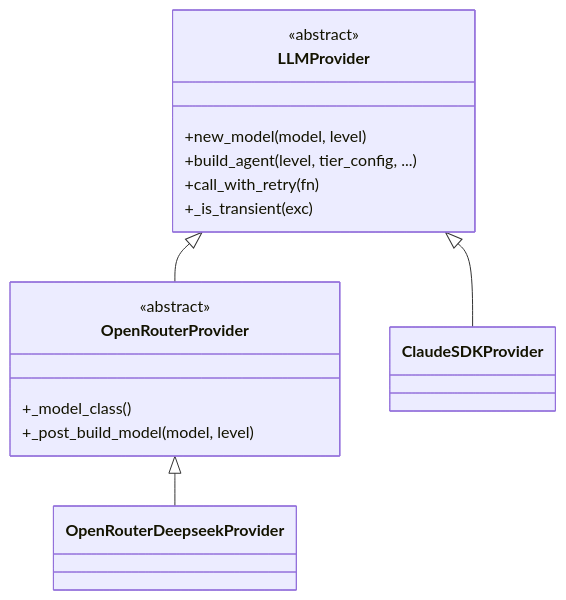
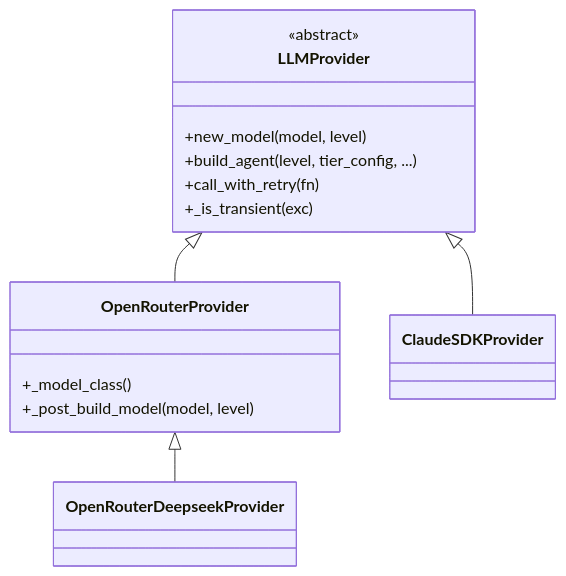
Before and after one commit to damien-robotsix/robotsix-llmio: the diagram in ARCHITECTURE.md, drawn with Mermaid. The commit also changed other lines of this file and 1 other file, not shown here.

Commit message:
mill: Fix ARCHITECTURE.md: remove openrouter_deepseek refs, correct OpenRouterProvider, PEP 562 coverage, test paths, extras (20260701T225945Z-fix-architecture-md-remove-openrouter-de-af78) (#334)

````diff
--- a/ARCHITECTURE.md
+++ b/ARCHITECTURE.md
@@ -41,20 +41,19 @@
 ```mermaid
 classDiagram
     LLMProvider <|-- OpenRouterProvider
     LLMProvider <|-- ClaudeSDKProvider
     OpenRouterProvider <|-- OpenRouterDeepseekProvider
     class LLMProvider {
         <<abstract>>
         +new_model(model, level)
         +build_agent(level, tier_config, ...)
         +call_with_retry(fn)
         +_is_transient(exc)
     }
     class OpenRouterProvider {
-        <<abstract>>
         +_model_class()
         +_post_build_model(model, level)
     }
     class ClaudeSDKProvider
     class OpenRouterDeepseekProvider
 ```
````
